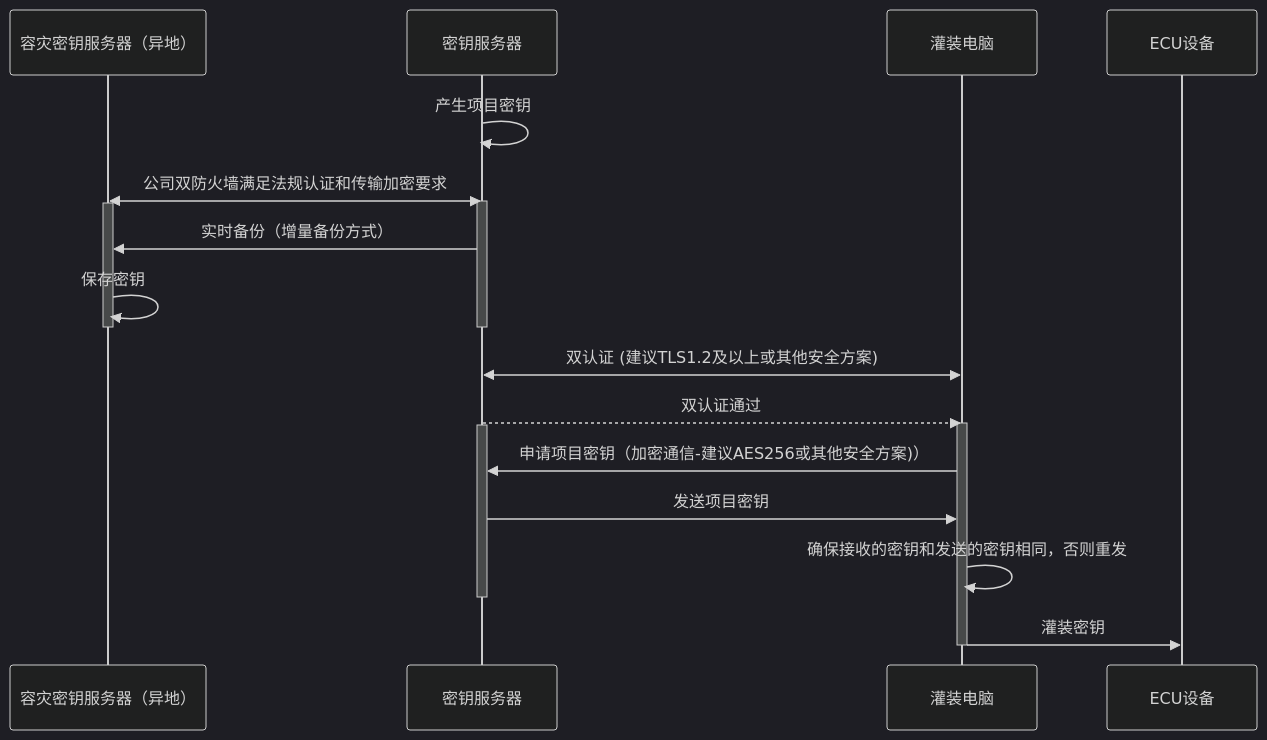
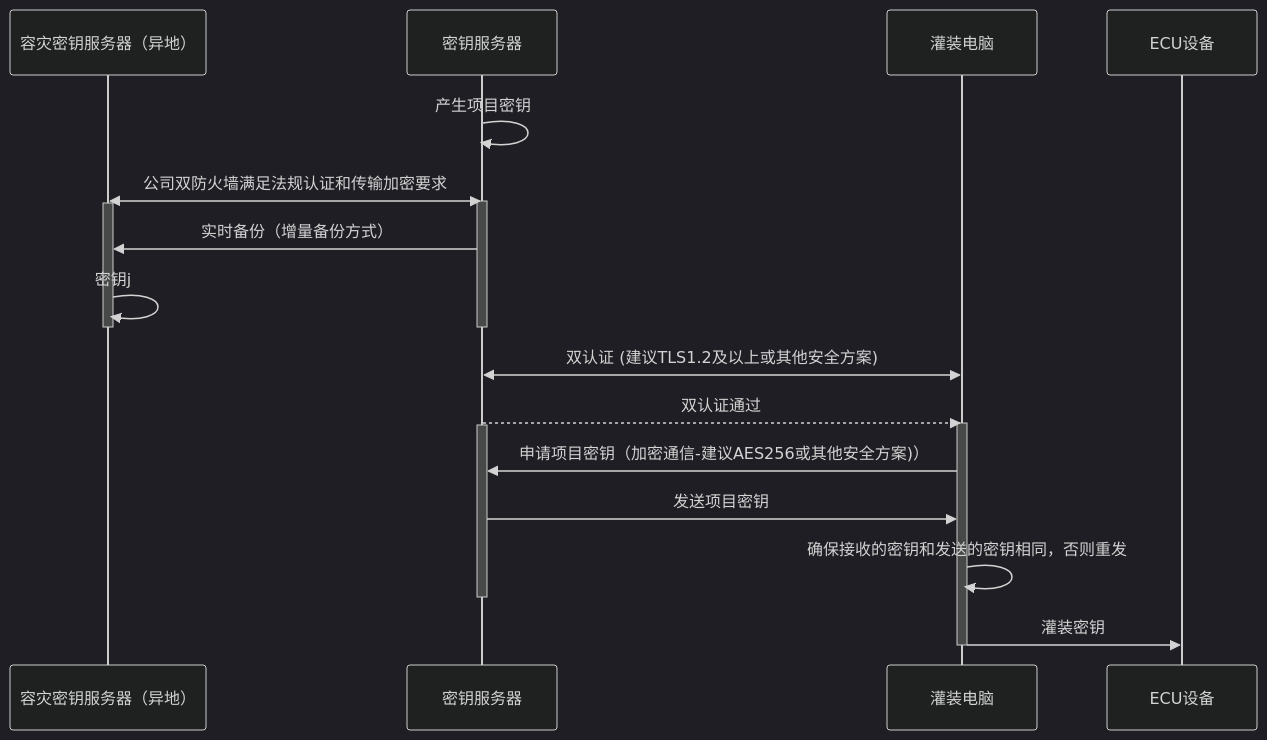
Before and after one commit to facebook-cloud/iodraw-files: the diagram in all/未命名-15.md, drawn with Mermaid (dark theme).

Commit message:
2026-02-07 09:50:59 update

````diff
--- a/all/未命名-15.md
+++ b/all/未命名-15.md
@@ -1,30 +1,29 @@
 ```mermaid
 sequenceDiagram
     participant B as 容灾密钥服务器（异地）
     participant A as 密钥服务器
     participant C as 灌装电脑
     participant D as ECU设备
 
     A->>A: 产生项目密钥
     A<<->>B: 公司双防火墙满足法规认证和传输加密要求
     activate A
     activate B
     A->>B: 实时备份（增量备份方式）
-
-    B->>B: 保存密钥
+    B->>B: 密钥j
     deactivate B
     deactivate A
 
     C<<->>A: 双认证 (建议TLS1.2及以上或其他安全方案)
     A-->>C: 双认证通过
     activate C
     activate A
     C->>A: 申请项目密钥（加密通信-建议AES256或其他安全方案)）
     A->>C: 发送项目密钥
 
     C->>C: 确保接收的密钥和发送的密钥相同，否则重发
     deactivate A
     C->>D: 灌装密钥
     deactivate C
 
 ```
````
